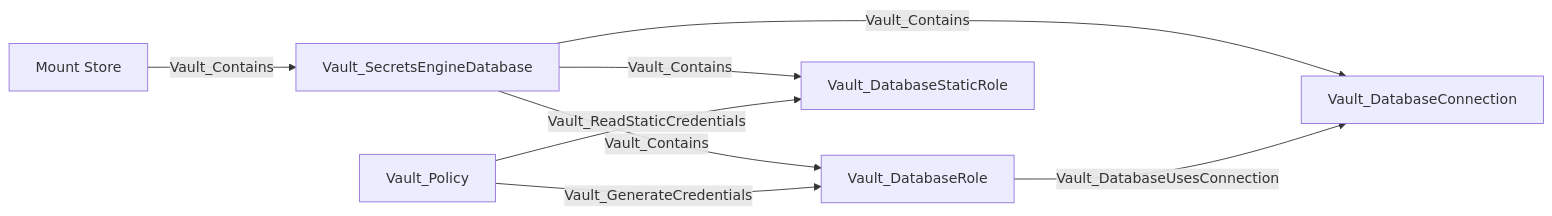
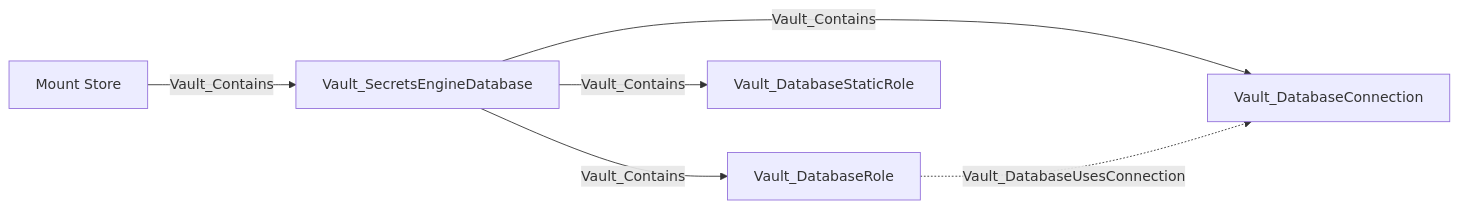
Before and after one commit to bytewreck/opengraph-vault: the seventh of 29 diagrams in Documentation/stores/MOUNTS.md, drawn with Mermaid. The commit also changed other lines of this file and 3 other files, not shown here.

````diff
--- a/Documentation/stores/MOUNTS.md
+++ b/Documentation/stores/MOUNTS.md
@@ -118,10 +112,8 @@
 ```mermaid
 flowchart LR
     store[Mount Store] -->|Vault_Contains| mount[Vault_SecretsEngineDatabase]
     mount -->|Vault_Contains| connection[Vault_DatabaseConnection]
     mount -->|Vault_Contains| role[Vault_DatabaseRole]
     mount -->|Vault_Contains| static[Vault_DatabaseStaticRole]
-    role -->|Vault_DatabaseUsesConnection| connection
-    policy[Vault_Policy] -->|Vault_GenerateCredentials| role
-    policy -->|Vault_ReadStaticCredentials| static
+    role -.->|Vault_DatabaseUsesConnection| connection
 ```
````
